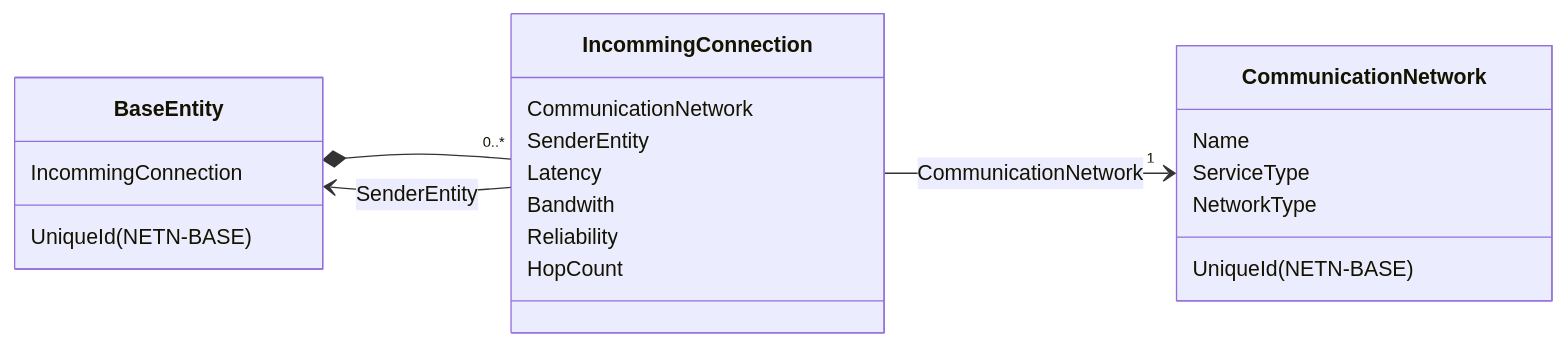
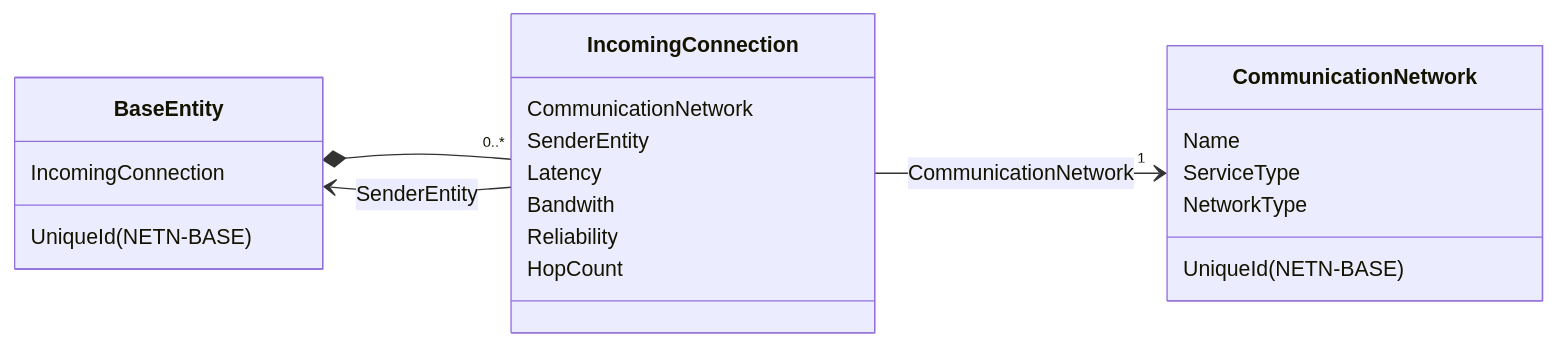
One commit to AMSP-04/NETN-FOM changed the first of 7 diagrams in modules/NETN-COM/NETN-COM.md. Above: the diagram before and after it, drawn with Mermaid. The commit also changed other lines of this file and 3 other files, not shown here.

````diff
--- a/modules/NETN-COM/NETN-COM.md
+++ b/modules/NETN-COM/NETN-COM.md
@@ -34,27 +34,27 @@
 ```mermaid 
 classDiagram 
 direction LR 
  
  
  
-BaseEntity *-- "0..*" Incomming Connection 
-BaseEntity:IncommingConnection 
+BaseEntity *-- "0..*" Incoming Connection 
+BaseEntity:IncomingConnection 
  
-Incomming Connection:CommunicationNetwork 
-Incomming Connection:SenderEntity 
-Incomming Connection --> "1" CommunicationNetwork : CommunicationNetwork 
-Incomming Connection:Latency 
-Incomming Connection:Bandwith 
-Incomming Connection:Reliability 
-Incomming Connection:HopCount 
-Incomming Connection --> BaseEntity:SenderEntity 
+Incoming Connection:CommunicationNetwork 
+Incoming Connection:SenderEntity 
+Incoming Connection --> "1" CommunicationNetwork : CommunicationNetwork 
+Incoming Connection:Latency 
+Incoming Connection:Bandwith 
+Incoming Connection:Reliability 
+Incoming Connection:HopCount 
+Incoming Connection --> BaseEntity:SenderEntity 
  
  
 CommunicationNetwork:Name 
 CommunicationNetwork:ServiceType 
 CommunicationNetwork:NetworkType 
  
  
 BaseEntity:UniqueId(NETN-BASE) 
 CommunicationNetwork:UniqueId(NETN-BASE) 
 ``` 
````
